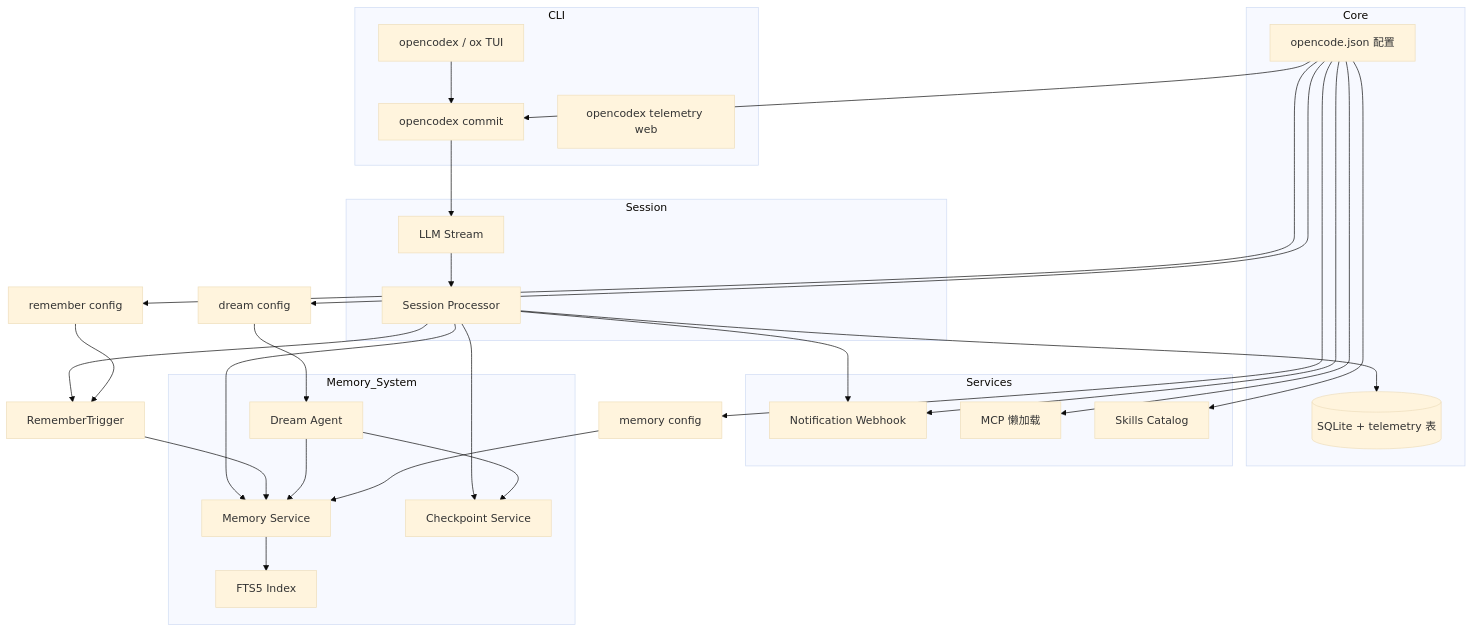
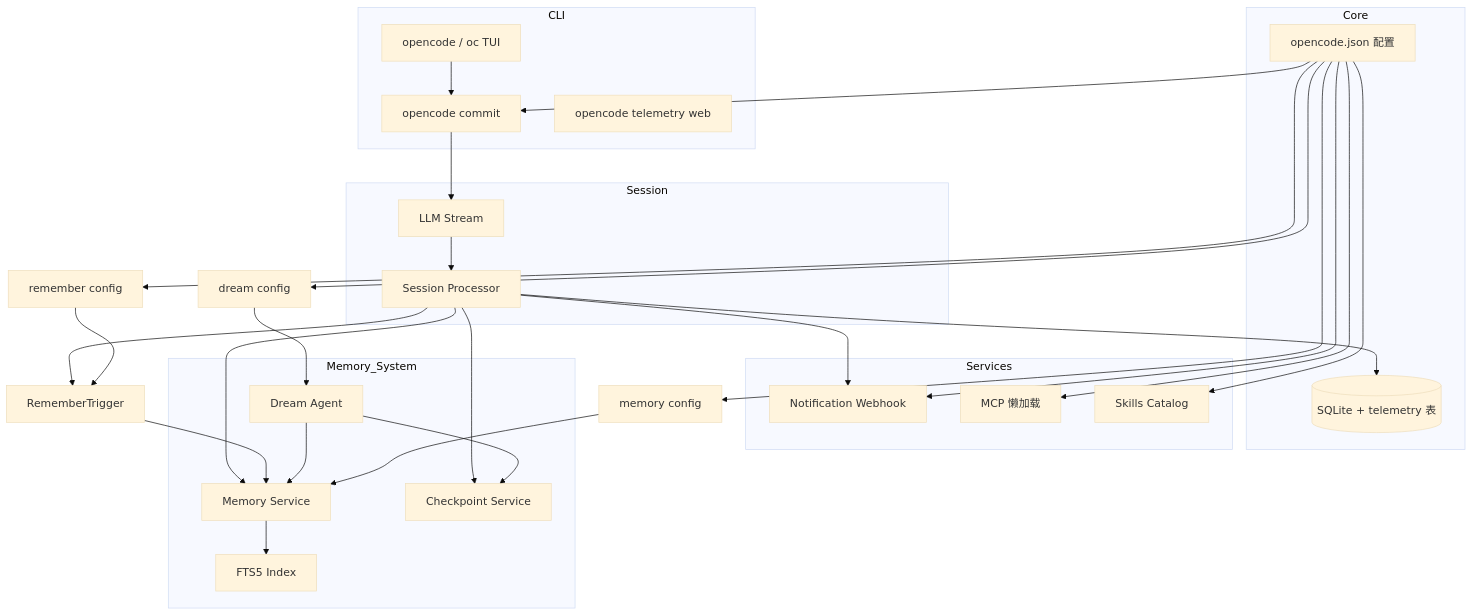
Before and after one commit to junxspace/opencodex: the first of 2 diagrams in OpenCodeX.md, drawn with Mermaid (base theme). The commit also changed other lines of this file, not shown here.

First line of the commit message:
docs: 更新 OpenCodeX 文档中的 opencode 命名

````diff
--- a/OpenCodeX.md
+++ b/OpenCodeX.md
@@ -369,55 +369,55 @@
 ```mermaid
 flowchart TB
     subgraph CLI
-        commit[opencodex commit]
-        telemetry[opencodex telemetry web]
-        tui[opencodex / ox TUI]
+        commit[opencode commit]
+        telemetry[opencode telemetry web]
+        tui[opencode / oc TUI]
     end
 
     subgraph Core
         cfg[opencode.json 配置]
         db[(SQLite + telemetry 表)]
     end
 
     subgraph Session
         proc[Session Processor]
         llm[LLM Stream]
     end
 
   subgraph Services
         notify[Notification Webhook]
         mcp[MCP 懒加载]
         skills[Skills Catalog]
     end
 
     tui --> commit
     commit --> llm
     llm --> proc
     proc --> db
     proc --> notify
     cfg --> notify
     cfg --> mcp
     cfg --> skills
     cfg --> commit
     cfg --> memory_cfg[memory config]
     cfg --> remember_cfg[remember config]
     cfg --> dream_cfg[dream config]
     
     subgraph Memory_System
         memory[Memory Service]
         checkpoint[Checkpoint Service]
         fts[FTS5 Index]
         dream[Dream Agent]
     end
     
     proc --> memory
     proc --> checkpoint
     proc --> remember_trigger[RememberTrigger]
     remember_cfg --> remember_trigger
     remember_trigger --> memory
     memory --> fts
     dream --> memory
     dream --> checkpoint
     memory_cfg --> memory
     dream_cfg --> dream
 ```
````
